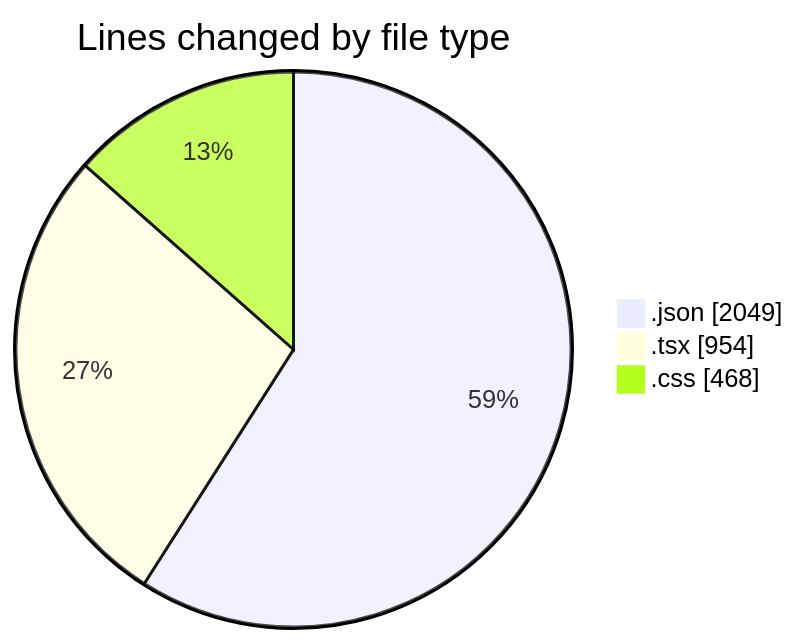
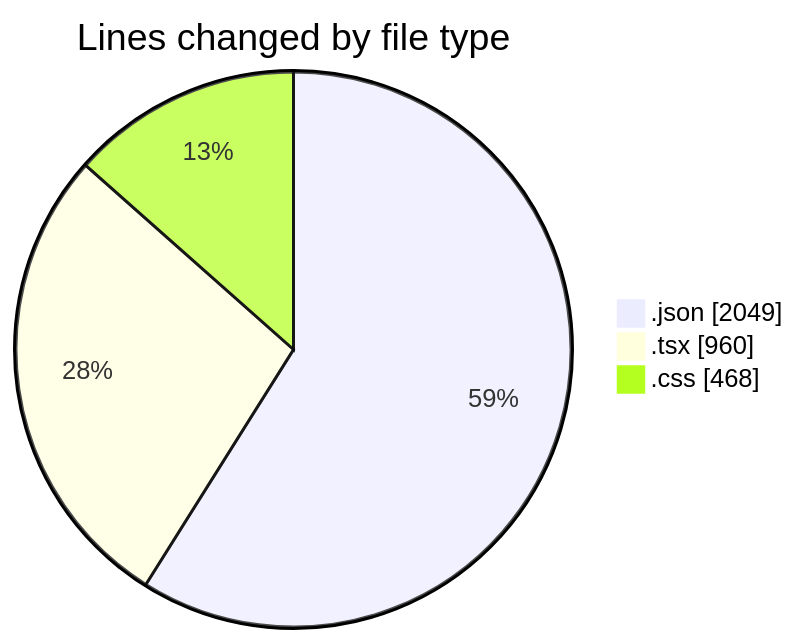
Before and after one commit to EIIisD/code-tracking: the first of 2 diagrams in 2025-08-14/ribbon/README.md, drawn with Mermaid. The commit also changed other lines of this file and 1 other file, not shown here.

````diff
--- a/2025-08-14/ribbon/README.md
+++ b/2025-08-14/ribbon/README.md
@@ -27,7 +27,7 @@
 ```mermaid
 pie showData
 title Lines changed by file type
 ".json" : 2049
-".tsx" : 954
+".tsx" : 960
 ".css" : 468
 ```
````
